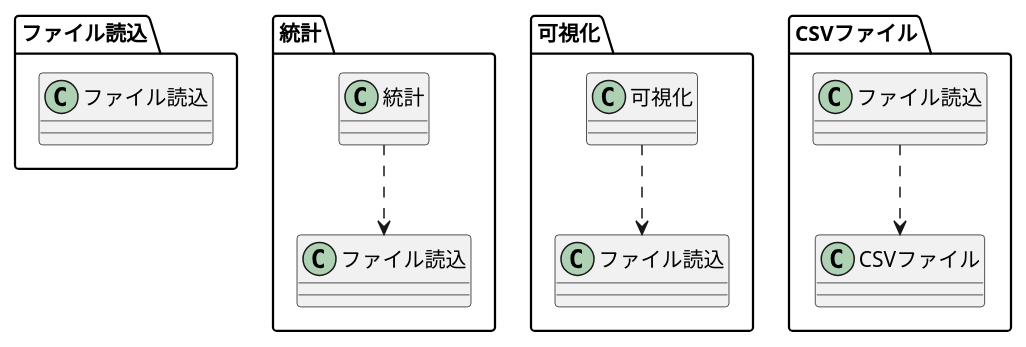
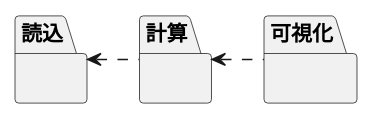
One commit to ShisatoYano/CsvDataAnalyzer changed the diagram in docs/design/uml/PackageDiagram/PackageDiagram.puml. Above: the diagram before and after it, drawn with PlantUML. The commit also changed 1 other file, not shown here.

Commit message:
revised package diagram

```diff
--- a/docs/design/uml/PackageDiagram/PackageDiagram.puml
+++ b/docs/design/uml/PackageDiagram/PackageDiagram.puml
@@ -1,22 +1,15 @@
 @startuml
 
-package ファイル読込 {
-    class ファイル読込
+package 読込 {
 }
 
-package 統計 {
-    class 統計
-    統計 ..> ファイル読込
+package 計算 {
 }
 
 package 可視化 {
-    class 可視化
-    可視化 ..> ファイル読込
 }
 
-package CSVファイル {
-    class CSVファイル
-    ファイル読込 ..> CSVファイル
-}
+読込 <. 計算
+計算 <. 可視化
 
 @enduml
```
